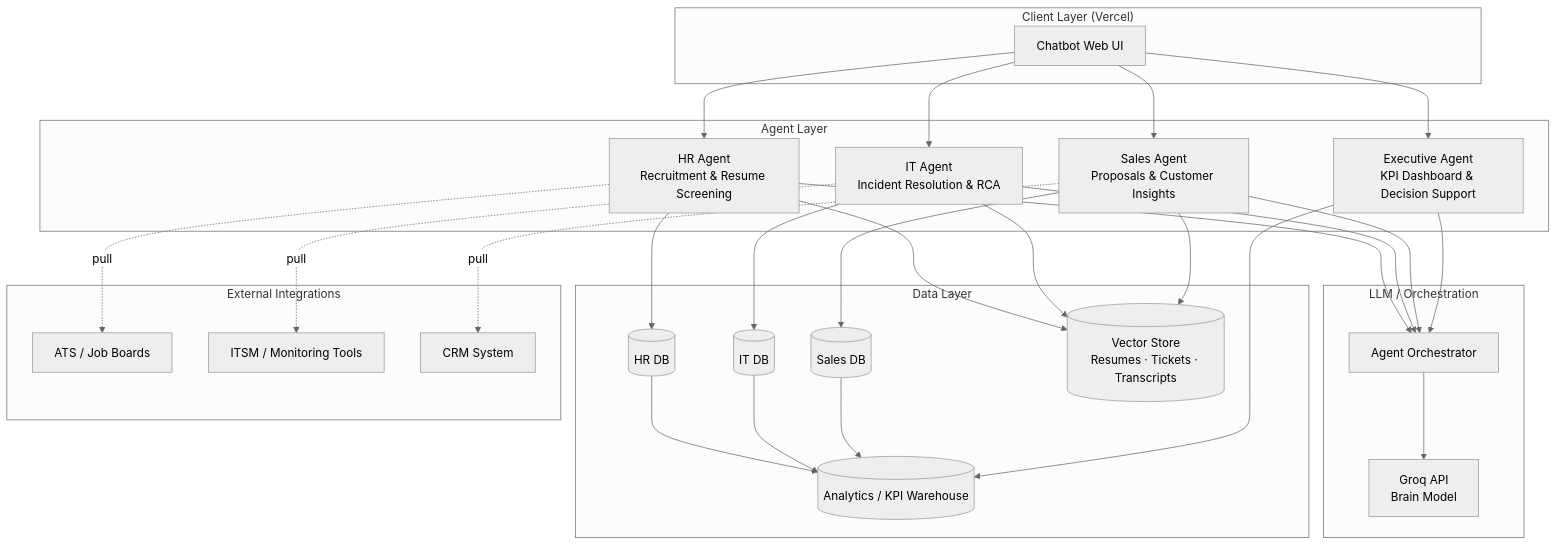
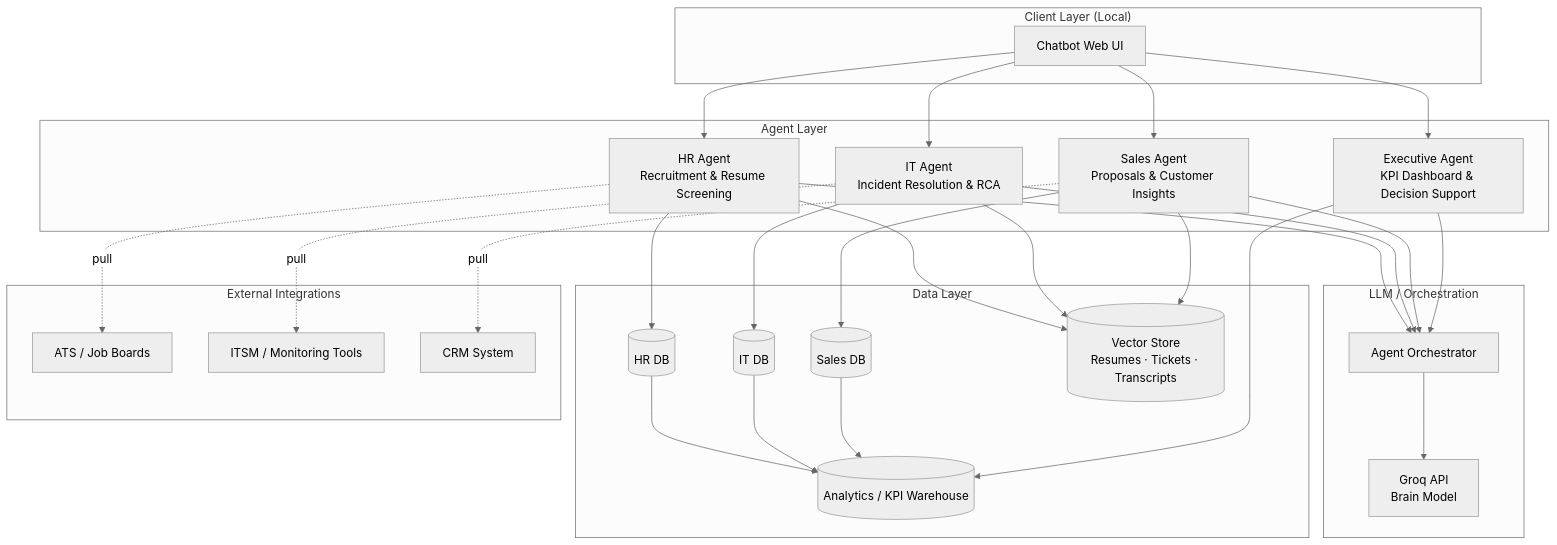
One commit to HarshSinha-1/Multi_agent_orchestration_purposive changed the first of 6 diagrams in README.md. Above: the diagram before and after it, drawn with Mermaid (neutral theme). The commit also changed other lines of this file and 2 other files, not shown here.

Commit message:
Dropped Vercel deployment references and config

````diff
--- a/README.md
+++ b/README.md
@@ -28,56 +28,56 @@
 ```mermaid
 flowchart TB
-    subgraph Client["Client Layer (Vercel)"]
+    subgraph Client["Client Layer (Local)"]
         UI[Chatbot Web UI]
     end
 
     subgraph Agents["Agent Layer"]
         HR[HR Agent<br/>Recruitment & Resume Screening]
         IT[IT Agent<br/>Incident Resolution & RCA]
         SALES[Sales Agent<br/>Proposals & Customer Insights]
         EXEC[Executive Agent<br/>KPI Dashboard & Decision Support]
     end
 
     subgraph LLM["LLM / Orchestration"]
         ORCH[Agent Orchestrator]
         MODEL[Groq API<br/>Brain Model]
     end
 
     subgraph Data["Data Layer"]
         HRDB[(HR DB)]
         ITDB[(IT DB)]
         SALESDB[(Sales DB)]
         ANALYTICS[(Analytics / KPI Warehouse)]
         VSTORE[(Vector Store<br/>Resumes · Tickets · Transcripts)]
     end
 
     subgraph Ext["External Integrations"]
         ATS[ATS / Job Boards]
         ITSM[ITSM / Monitoring Tools]
         CRM[CRM System]
     end
 
     UI --> HR & IT & SALES & EXEC
     HR --> ORCH
     IT --> ORCH
     SALES --> ORCH
     EXEC --> ORCH
     ORCH --> MODEL
 
     HR --> HRDB
     HR --> VSTORE
     HR -.pull.-> ATS
 
     IT --> ITDB
     IT --> VSTORE
     IT -.pull.-> ITSM
 
     SALES --> SALESDB
     SALES --> VSTORE
     SALES -.pull.-> CRM
 
     HRDB --> ANALYTICS
     ITDB --> ANALYTICS
     SALESDB --> ANALYTICS
     EXEC --> ANALYTICS
 ```
````
